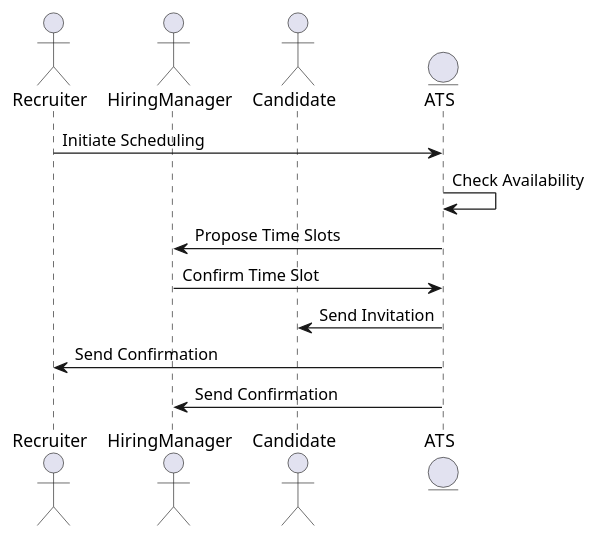
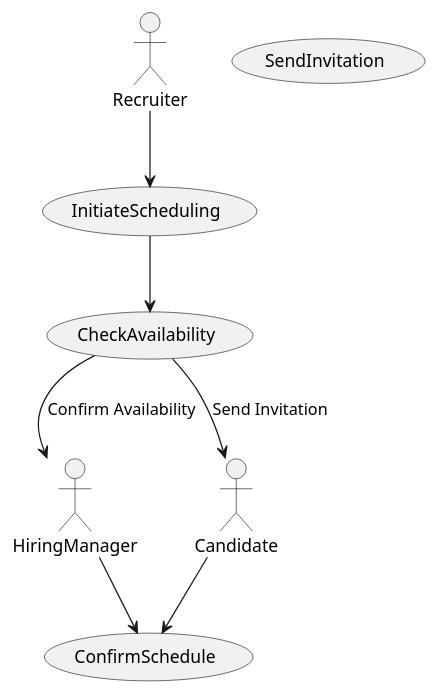
The third of 9 diagrams in LTI-RJD/UserStories-RJD.md (LIDR-academy/AI4Devs-design), drawn with PlantUML before and after one commit. The commit also changed other lines of this file and 1 other file, not shown here.

````diff
--- a/LTI-RJD/UserStories-RJD.md
+++ b/LTI-RJD/UserStories-RJD.md
@@ -156,16 +86,18 @@
 ```plantuml
 @startuml
 actor Recruiter
 actor HiringManager
 actor Candidate
-entity ATS
+usecase InitiateScheduling as UC1
+usecase CheckAvailability as UC2
+usecase SendInvitation as UC3
+usecase ConfirmSchedule as UC4
 
-Recruiter -> ATS : Initiate Scheduling
-ATS -> ATS : Check Availability
-ATS -> HiringManager : Propose Time Slots
-HiringManager -> ATS : Confirm Time Slot
-ATS -> Candidate : Send Invitation
-ATS -> Recruiter : Send Confirmation
-ATS -> HiringManager : Send Confirmation
+Recruiter --> UC1
+UC1 --> UC2
+UC2 --> HiringManager : Confirm Availability
+UC2 --> Candidate : Send Invitation
+HiringManager --> UC4
+Candidate --> UC4
 @enduml
 ```
````
